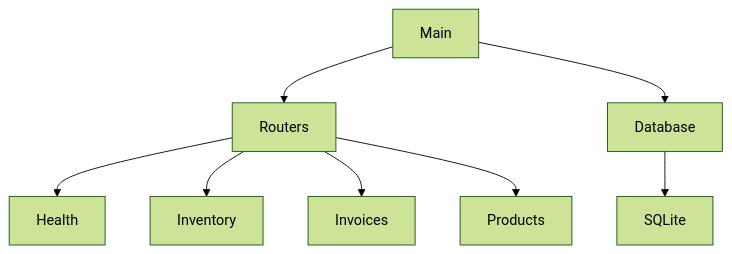
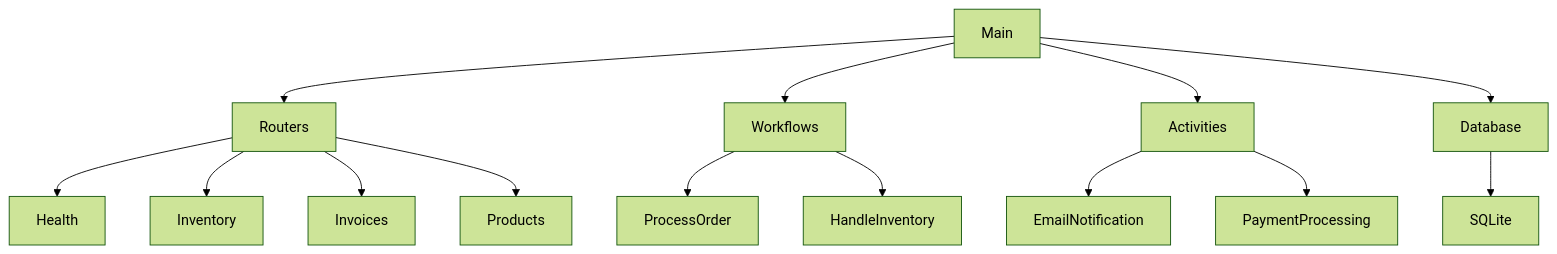
Before and after one commit to vndocker/pos-AI-community: the second of 2 diagrams in memory-bank/systemPatterns.md, drawn with Mermaid (forest theme). The commit also changed other lines of this file and 8 other files, not shown here.

````diff
--- a/memory-bank/systemPatterns.md
+++ b/memory-bank/systemPatterns.md
@@ -29,10 +29,16 @@
 ```mermaid
 graph TD
     Main --> Routers
+    Main --> Workflows
+    Main --> Activities
     Routers --> Health
     Routers --> Inventory
     Routers --> Invoices
     Routers --> Products
+    Workflows --> ProcessOrder
+    Workflows --> HandleInventory
+    Activities --> EmailNotification
+    Activities --> PaymentProcessing
     Main --> Database
     Database --> SQLite
 ```
````
